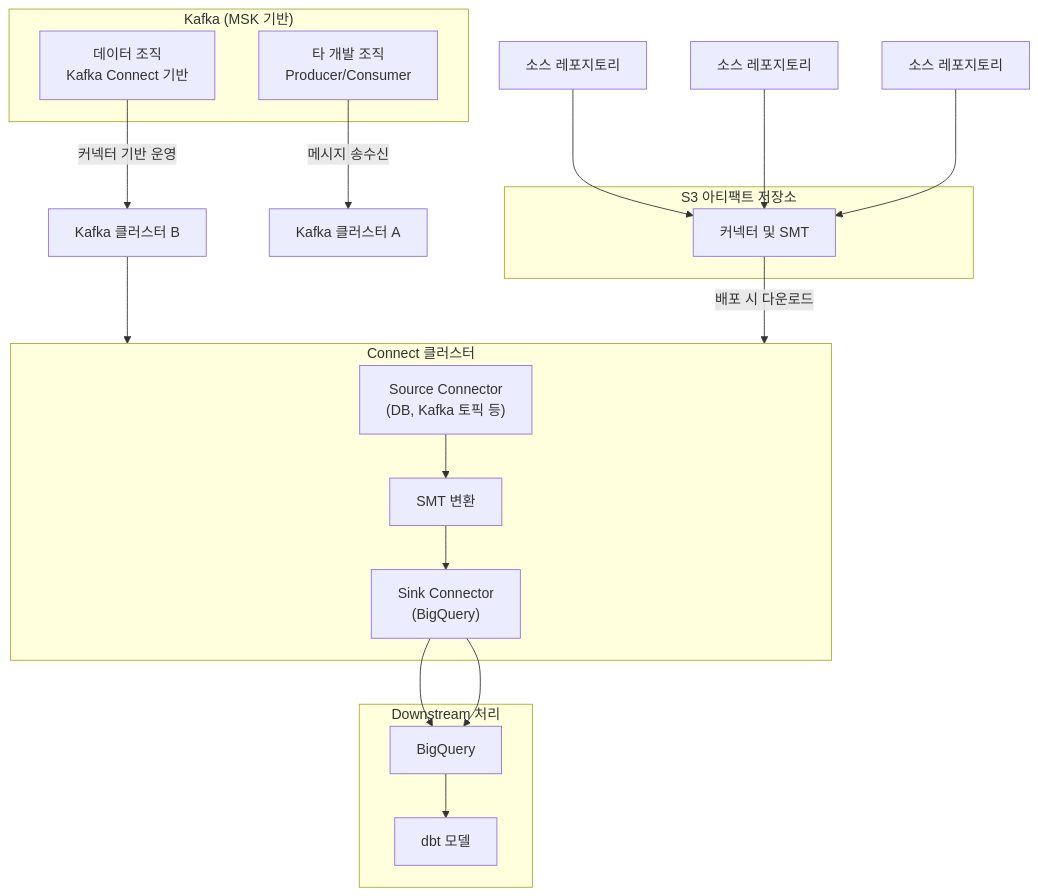
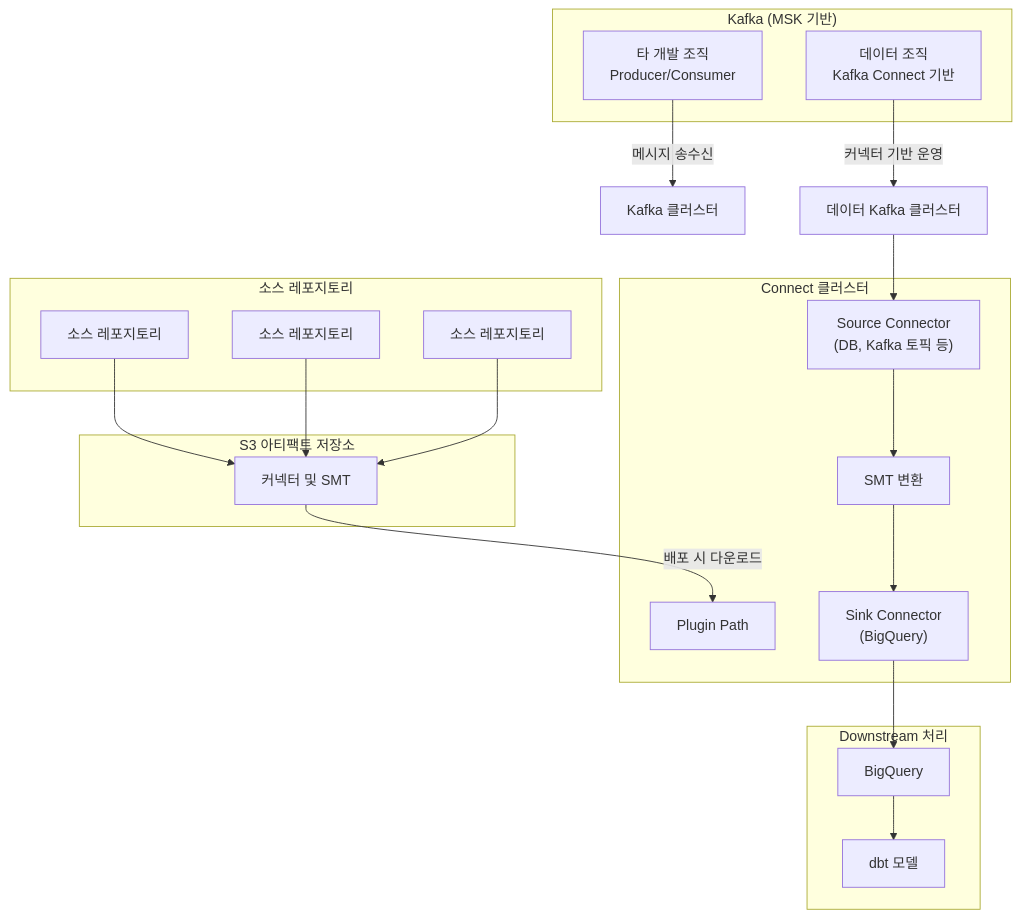
The first of 2 diagrams in _notes/Public/Kafka/Kafka Playmemo.md (yecnj/yecnj.github.io), drawn with Mermaid before and after one commit. The commit also changed other lines of this file, not shown here.

Commit message:
add mermaid

```diff
--- a/_notes/Public/Kafka/Kafka Playmemo.md
+++ b/_notes/Public/Kafka/Kafka Playmemo.md
@@ -47,29 +47,37 @@
 <div class="mermaid">
   flowchart TD
     subgraph MSK["Kafka (MSK 기반)"]
         A1["타 개발 조직 <br> Producer/Consumer"]
         A2["데이터 조직 <br> Kafka Connect 기반"]
     end
-    A1 -->|메시지 송수신| K1["Kafka 클러스터 A"]
-    A2 -->|커넥터 기반 운영| K2["Kafka 클러스터 B"]
-    K2 --> KafkaConnect
-    SR1 --> AR -->|배포 시 다운로드| KafkaConnect
+
+    subgraph SourceRepositories["소스 레포지토리"]
+        SR1["소스 레포지토리"]
+        SR2["소스 레포지토리"]
+        SR3["소스 레포지토리"]
+    end
+
+    subgraph S3["S3 아티팩트 저장소"]
+        AR["커넥터 및 SMT"]
+    end
+
+    SR1 & SR2 & SR3 --> AR
+
+    A1 -->|메시지 송수신| K1["Kafka 클러스터"]
+    A2 -->|커넥터 기반 운영| K2["데이터 Kafka 클러스터"]
+    K2 --> SC
+
     subgraph KafkaConnect["Connect 클러스터"]
+        PP["Plugin Path"]
         SC["Source Connector <br> (DB, Kafka 토픽 등)"]
         SMT["SMT 변환"]
         SK["Sink Connector <br> (BigQuery)"]
     end
+
+    AR -->|배포 시 다운로드| PP
     SC --> SMT --> SK --> BQ["BigQuery"]
-    SR1["소스 레포지토리"]
-    SR2["소스 레포지토리"]
-    SR3["소스 레포지토리"]
-    subgraph Artifacts["S3 아티팩트 저장소"]
-        AR["커넥터 및 SMT"]
-    end
-    SR2 --> AR
-    SR3 --> AR
+
     subgraph Downstream["Downstream 처리"]
         BQ --> DBT["dbt 모델"]
     end
-    SK --> BQ
 </div>
```
